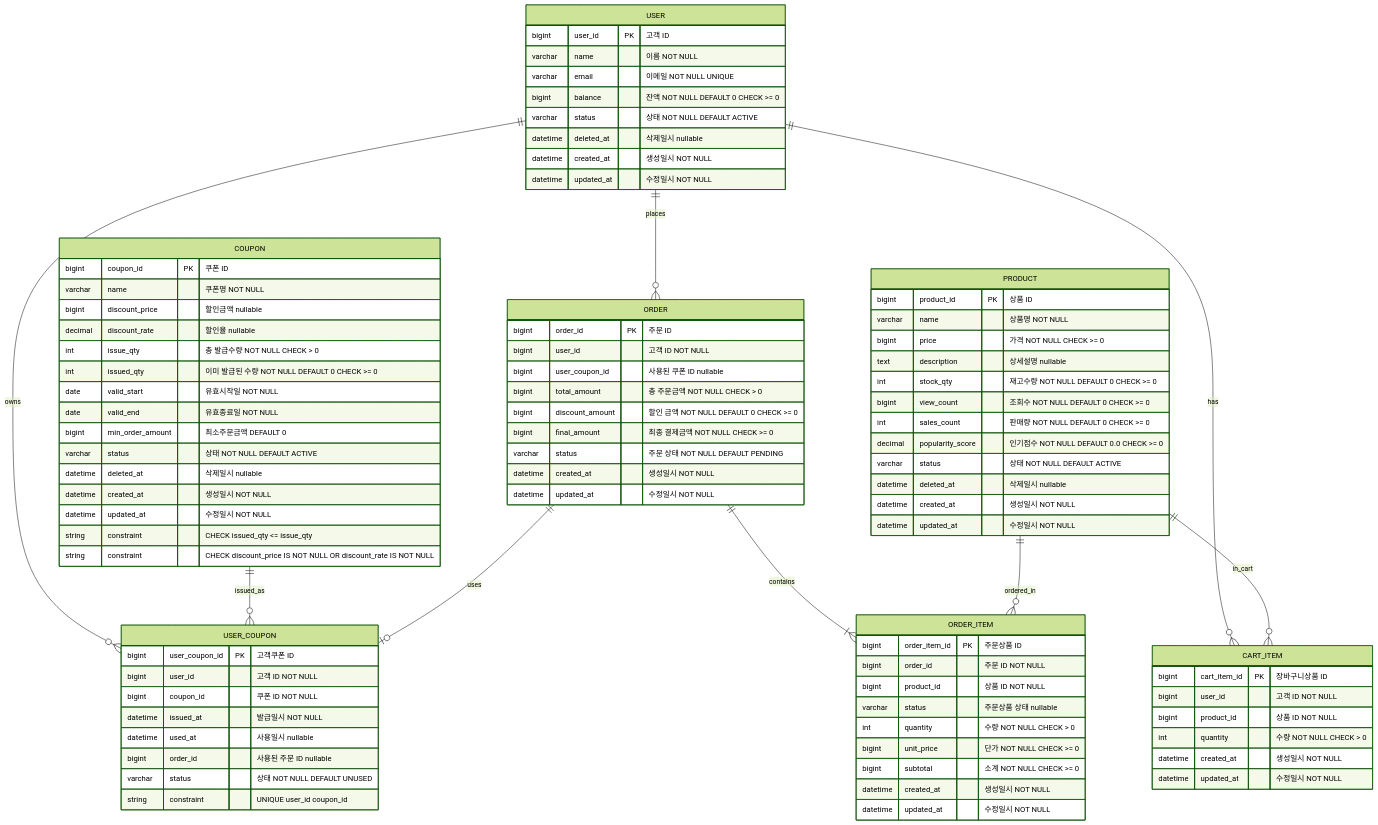
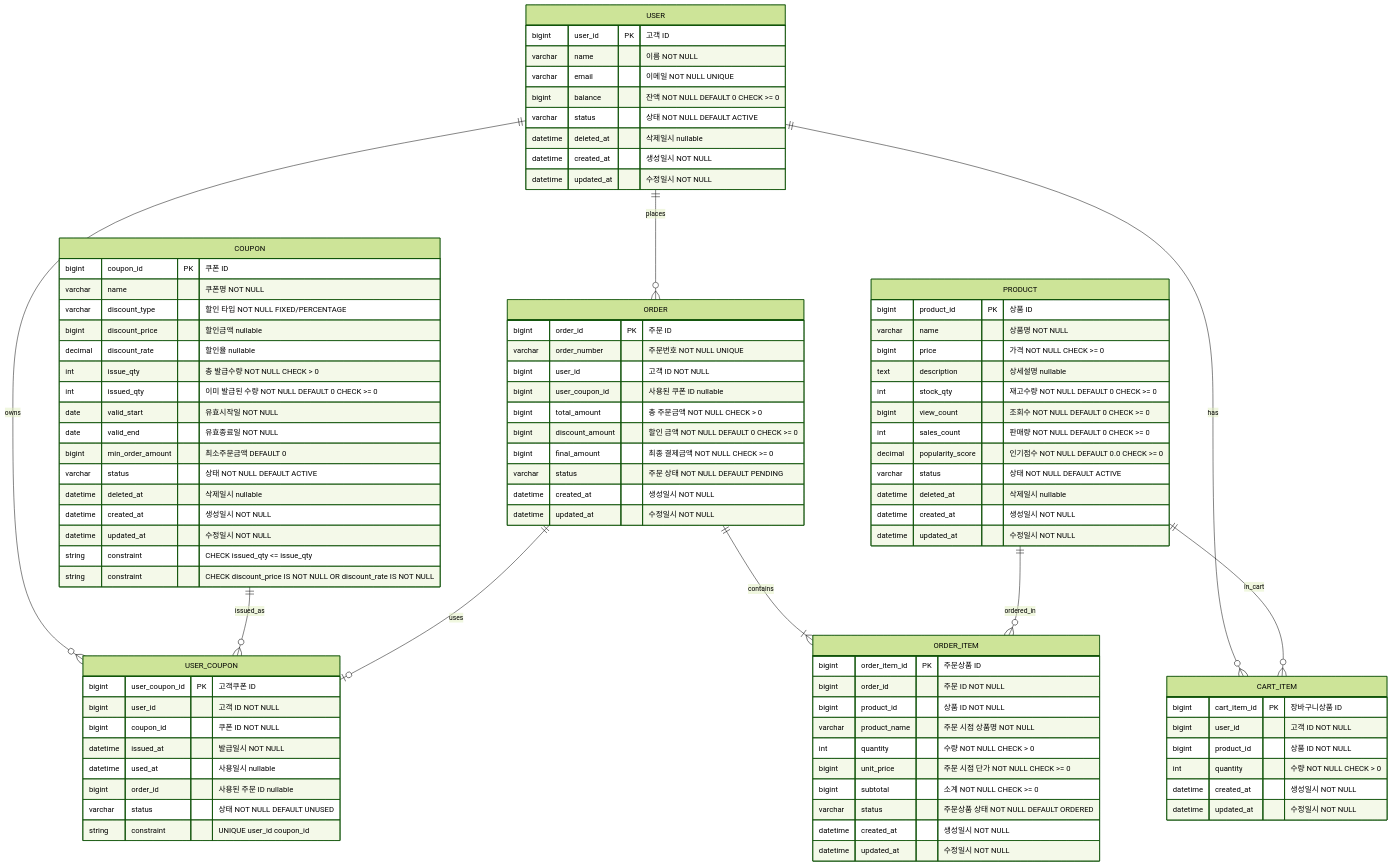
The diagram in docs/api/database-schema.md (crocusia/e-commerce_hanghae99), drawn with Mermaid (forest theme) before and after one commit. The commit also changed other lines of this file, not shown here.

Commit message:
[Feat] 주문, 쿠폰 컬럼 추가

````diff
--- a/docs/api/database-schema.md
+++ b/docs/api/database-schema.md
@@ -11,86 +11,89 @@
 ```mermaid
 erDiagram
-	USER {
-		bigint user_id PK "고객 ID"  
-		varchar name "이름 NOT NULL"  
-		varchar email "이메일 NOT NULL UNIQUE"  
-		bigint balance "잔액 NOT NULL DEFAULT 0 CHECK >= 0"  
-		varchar status "상태 NOT NULL DEFAULT ACTIVE"
-		datetime deleted_at "삭제일시 nullable"
-		datetime created_at "생성일시 NOT NULL"  
-		datetime updated_at "수정일시 NOT NULL"  
-	}
+    USER {
+       bigint user_id PK "고객 ID"  
+       varchar name "이름 NOT NULL"  
+       varchar email "이메일 NOT NULL UNIQUE"  
+       bigint balance "잔액 NOT NULL DEFAULT 0 CHECK >= 0"  
+       varchar status "상태 NOT NULL DEFAULT ACTIVE"
+       datetime deleted_at "삭제일시 nullable"
+       datetime created_at "생성일시 NOT NULL"  
+       datetime updated_at "수정일시 NOT NULL"  
+    }
     CART_ITEM {
-		bigint cart_item_id PK "장바구니상품 ID"  
-		bigint user_id "고객 ID NOT NULL"  
-		bigint product_id "상품 ID NOT NULL"  
-		int quantity "수량 NOT NULL CHECK > 0"  
-		datetime created_at "생성일시 NOT NULL"  
-		datetime updated_at "수정일시 NOT NULL"  
-	}
-	ORDER {
-		bigint order_id PK "주문 ID"  
-		bigint user_id "고객 ID NOT NULL"  
-		bigint user_coupon_id "사용된 쿠폰 ID nullable"
-		bigint total_amount "총 주문금액 NOT NULL CHECK > 0"  
-		bigint discount_amount "할인 금액 NOT NULL DEFAULT 0 CHECK >= 0"  
-		bigint final_amount "최종 결제금액 NOT NULL CHECK >= 0"  
-		varchar status "주문 상태 NOT NULL DEFAULT PENDING"
-		datetime created_at "생성일시 NOT NULL"  
-		datetime updated_at "수정일시 NOT NULL"  
-	}
-	ORDER_ITEM {
-		bigint order_item_id PK "주문상품 ID"  
-		bigint order_id "주문 ID NOT NULL"  
-		bigint product_id "상품 ID NOT NULL"  
-		varchar status "주문상품 상태 nullable"  
-		int quantity "수량 NOT NULL CHECK > 0"  
-		bigint unit_price "단가 NOT NULL CHECK >= 0"  
-		bigint subtotal "소계 NOT NULL CHECK >= 0"  
-		datetime created_at "생성일시 NOT NULL"
-		datetime updated_at "수정일시 NOT NULL"
-	}
-	USER_COUPON {
-		bigint user_coupon_id PK "고객쿠폰 ID"  
-		bigint user_id "고객 ID NOT NULL"  
-		bigint coupon_id "쿠폰 ID NOT NULL"  
-		datetime issued_at "발급일시 NOT NULL"  
-		datetime used_at "사용일시 nullable"  
-		bigint order_id "사용된 주문 ID nullable"  
-		varchar status "상태 NOT NULL DEFAULT UNUSED"  
-		string constraint "UNIQUE user_id coupon_id"
-	}
-	COUPON {
-		bigint coupon_id PK "쿠폰 ID"  
-		varchar name "쿠폰명 NOT NULL"  
-		bigint discount_price "할인금액 nullable"  
-		decimal discount_rate "할인율 nullable"  
-		int issue_qty "총 발급수량 NOT NULL CHECK > 0"  
-		int issued_qty "이미 발급된 수량 NOT NULL DEFAULT 0 CHECK >= 0"  
-		date valid_start "유효시작일 NOT NULL"  
-		date valid_end "유효종료일 NOT NULL"  
-		bigint min_order_amount "최소주문금액 DEFAULT 0"  
-		varchar status "상태 NOT NULL DEFAULT ACTIVE"
-		datetime deleted_at "삭제일시 nullable"
-		datetime created_at "생성일시 NOT NULL"
-		datetime updated_at "수정일시 NOT NULL"
-		string constraint "CHECK issued_qty <= issue_qty"
-		string constraint "CHECK discount_price IS NOT NULL OR discount_rate IS NOT NULL"
-	}
-	PRODUCT {
-		bigint product_id PK "상품 ID"  
-		varchar name "상품명 NOT NULL"  
-		bigint price "가격 NOT NULL CHECK >= 0"  
-		text description "상세설명 nullable"  
-		int stock_qty "재고수량 NOT NULL DEFAULT 0 CHECK >= 0"  
-		bigint view_count "조회수 NOT NULL DEFAULT 0 CHECK >= 0"
-        int sales_count "판매량 NOT NULL DEFAULT 0 CHECK >= 0"
-        decimal popularity_score "인기점수 NOT NULL DEFAULT 0.0 CHECK >= 0"
-		varchar status "상태 NOT NULL DEFAULT ACTIVE"
-		datetime deleted_at "삭제일시 nullable"
-		datetime created_at "생성일시 NOT NULL"  
-		datetime updated_at "수정일시 NOT NULL"  
-	}
+       bigint cart_item_id PK "장바구니상품 ID"  
+       bigint user_id "고객 ID NOT NULL"  
+       bigint product_id "상품 ID NOT NULL"  
+       int quantity "수량 NOT NULL CHECK > 0"  
+       datetime created_at "생성일시 NOT NULL"  
+       datetime updated_at "수정일시 NOT NULL"  
+    }
+    ORDER {
+       bigint order_id PK "주문 ID"
+       varchar order_number "주문번호 NOT NULL UNIQUE"
+       bigint user_id "고객 ID NOT NULL"  
+       bigint user_coupon_id "사용된 쿠폰 ID nullable"
+       bigint total_amount "총 주문금액 NOT NULL CHECK > 0"  
+       bigint discount_amount "할인 금액 NOT NULL DEFAULT 0 CHECK >= 0"  
+       bigint final_amount "최종 결제금액 NOT NULL CHECK >= 0"  
+       varchar status "주문 상태 NOT NULL DEFAULT PENDING"
+       datetime created_at "생성일시 NOT NULL"  
+       datetime updated_at "수정일시 NOT NULL"  
+    }
+    ORDER_ITEM {
+       bigint order_item_id PK "주문상품 ID"  
+       bigint order_id "주문 ID NOT NULL"  
+       bigint product_id "상품 ID NOT NULL"
+       varchar product_name "주문 시점 상품명 NOT NULL"
+       int quantity "수량 NOT NULL CHECK > 0"  
+       bigint unit_price "주문 시점 단가 NOT NULL CHECK >= 0"  
+       bigint subtotal "소계 NOT NULL CHECK >= 0"
+       varchar status "주문상품 상태 NOT NULL DEFAULT ORDERED"  
+       datetime created_at "생성일시 NOT NULL"
+       datetime updated_at "수정일시 NOT NULL"
+    }
+    USER_COUPON {
+       bigint user_coupon_id PK "고객쿠폰 ID"  
+       bigint user_id "고객 ID NOT NULL"  
+       bigint coupon_id "쿠폰 ID NOT NULL"  
+       datetime issued_at "발급일시 NOT NULL"  
+       datetime used_at "사용일시 nullable"  
+       bigint order_id "사용된 주문 ID nullable"  
+       varchar status "상태 NOT NULL DEFAULT UNUSED"  
+       string constraint "UNIQUE user_id coupon_id"
+    }
+    COUPON {
+       bigint coupon_id PK "쿠폰 ID"  
+       varchar name "쿠폰명 NOT NULL"
+       varchar discount_type "할인 타입 NOT NULL FIXED/PERCENTAGE"
+       bigint discount_price "할인금액 nullable"  
+       decimal discount_rate "할인율 nullable"  
+       int issue_qty "총 발급수량 NOT NULL CHECK > 0"  
+       int issued_qty "이미 발급된 수량 NOT NULL DEFAULT 0 CHECK >= 0"  
+       date valid_start "유효시작일 NOT NULL"  
+       date valid_end "유효종료일 NOT NULL"  
+       bigint min_order_amount "최소주문금액 DEFAULT 0"  
+       varchar status "상태 NOT NULL DEFAULT ACTIVE"
+       datetime deleted_at "삭제일시 nullable"
+       datetime created_at "생성일시 NOT NULL"
+       datetime updated_at "수정일시 NOT NULL"
+       string constraint "CHECK issued_qty <= issue_qty"
+       string constraint "CHECK discount_price IS NOT NULL OR discount_rate IS NOT NULL"
+    }
+    PRODUCT {
+       bigint product_id PK "상품 ID"  
+       varchar name "상품명 NOT NULL"  
+       bigint price "가격 NOT NULL CHECK >= 0"  
+       text description "상세설명 nullable"  
+       int stock_qty "재고수량 NOT NULL DEFAULT 0 CHECK >= 0"  
+       bigint view_count "조회수 NOT NULL DEFAULT 0 CHECK >= 0"
+       int sales_count "판매량 NOT NULL DEFAULT 0 CHECK >= 0"
+       decimal popularity_score "인기점수 NOT NULL DEFAULT 0.0 CHECK >= 0"
+       varchar status "상태 NOT NULL DEFAULT ACTIVE"
+       datetime deleted_at "삭제일시 nullable"
+       datetime created_at "생성일시 NOT NULL"  
+       datetime updated_at "수정일시 NOT NULL"  
+    }
     USER ||--o{ ORDER : "places"
     USER ||--o{ USER_COUPON : "owns"
     USER ||--o{ CART_ITEM : "has"
````
